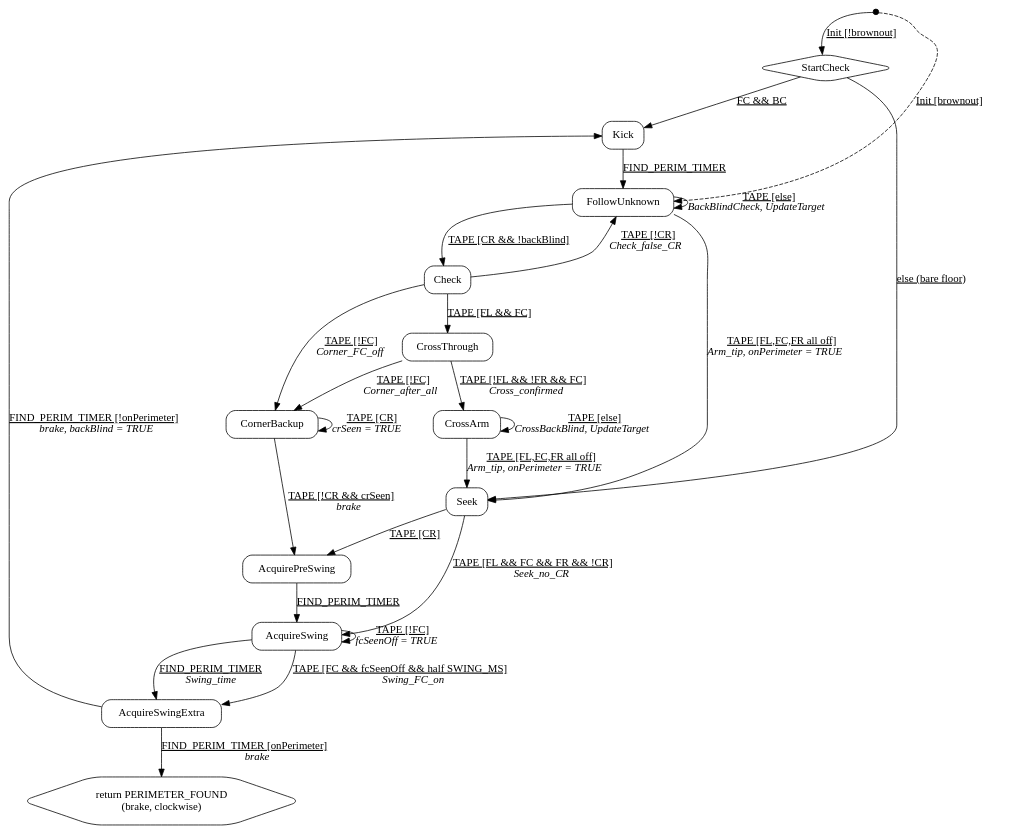
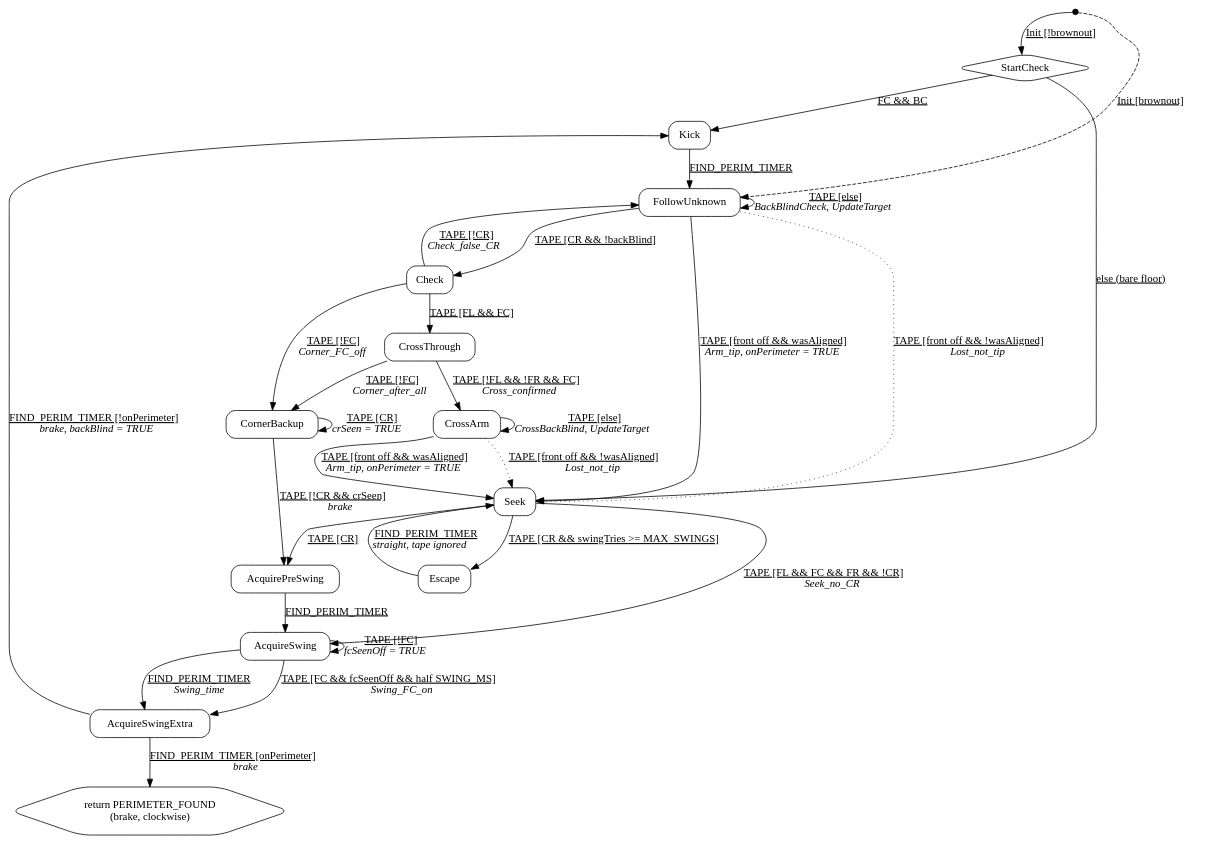
The diagram in FindPerimeterFSM.gv (mechr718-oss/final_info_bank), drawn with Graphviz before and after one commit. The commit also changed 2 other files, not shown here.

Commit message:
Fix Find perimeter circling at the cross: arm tip needs aligned first, swing budget + Escape
Claude-Session: https://claude.ai/code/session_01XvTyc5cHodjUY5M9njxdCM

```diff
--- a/FindPerimeterFSM.gv
+++ b/FindPerimeterFSM.gv
@@ -1,32 +1,36 @@
 digraph FindPerimeter {
     rankdir=TB;
     init [shape="point", color="black", style="filled", width=.1, forcelabels=false];
     node [shape=box, style=rounded];
     StartCheck [shape=diamond];
     Found [shape=hexagon, label="return PERIMETER_FOUND\n(brake, clockwise)"];
     init -> StartCheck [label=<<u>Init [!brownout]</u>>];
     init -> FollowUnknown [style=dashed, label=<<u>Init [brownout]</u>>];
     StartCheck -> Kick [label=<<u>FC &amp;&amp; BC</u>>];
     StartCheck -> Seek [label=<<u>else (bare floor)</u>>];
     Kick -> FollowUnknown [label=<<u>FIND_PERIM_TIMER</u>>];
-    FollowUnknown -> Seek [label=<<u>TAPE [FL,FC,FR all off]</u><br/><i>Arm_tip, onPerimeter = TRUE</i>>];
+    FollowUnknown -> Seek [label=<<u>TAPE [front off &amp;&amp; wasAligned]</u><br/><i>Arm_tip, onPerimeter = TRUE</i>>];
+    FollowUnknown -> Seek [style=dotted, label=<<u>TAPE [front off &amp;&amp; !wasAligned]</u><br/><i>Lost_not_tip</i>>];
     FollowUnknown -> Check [label=<<u>TAPE [CR &amp;&amp; !backBlind]</u>>];
     FollowUnknown -> FollowUnknown [label=<<u>TAPE [else]</u><br/><i>BackBlindCheck, UpdateTarget</i>>];
     Check -> CrossThrough [label=<<u>TAPE [FL &amp;&amp; FC]</u>>];
     Check -> CornerBackup [label=<<u>TAPE [!FC]</u><br/><i>Corner_FC_off</i>>];
     Check -> FollowUnknown [label=<<u>TAPE [!CR]</u><br/><i>Check_false_CR</i>>];
     CrossThrough -> CrossArm [label=<<u>TAPE [!FL &amp;&amp; !FR &amp;&amp; FC]</u><br/><i>Cross_confirmed</i>>];
     CrossThrough -> CornerBackup [label=<<u>TAPE [!FC]</u><br/><i>Corner_after_all</i>>];
-    CrossArm -> Seek [label=<<u>TAPE [FL,FC,FR all off]</u><br/><i>Arm_tip, onPerimeter = TRUE</i>>];
+    CrossArm -> Seek [label=<<u>TAPE [front off &amp;&amp; wasAligned]</u><br/><i>Arm_tip, onPerimeter = TRUE</i>>];
+    CrossArm -> Seek [style=dotted, label=<<u>TAPE [front off &amp;&amp; !wasAligned]</u><br/><i>Lost_not_tip</i>>];
     CrossArm -> CrossArm [label=<<u>TAPE [else]</u><br/><i>CrossBackBlind, UpdateTarget</i>>];
+    Seek -> Escape [label=<<u>TAPE [CR &amp;&amp; swingTries &gt;= MAX_SWINGS]</u>>];
+    Escape -> Seek [label=<<u>FIND_PERIM_TIMER</u><br/><i>straight, tape ignored</i>>];
     Seek -> AcquirePreSwing [label=<<u>TAPE [CR]</u>>];
     Seek -> AcquireSwing [label=<<u>TAPE [FL &amp;&amp; FC &amp;&amp; FR &amp;&amp; !CR]</u><br/><i>Seek_no_CR</i>>];
     CornerBackup -> CornerBackup [label=<<u>TAPE [CR]</u><br/><i>crSeen = TRUE</i>>];
     CornerBackup -> AcquirePreSwing [label=<<u>TAPE [!CR &amp;&amp; crSeen]</u><br/><i>brake</i>>];
     AcquirePreSwing -> AcquireSwing [label=<<u>FIND_PERIM_TIMER</u>>];
     AcquireSwing -> AcquireSwing [label=<<u>TAPE [!FC]</u><br/><i>fcSeenOff = TRUE</i>>];
     AcquireSwing -> AcquireSwingExtra [label=<<u>TAPE [FC &amp;&amp; fcSeenOff &amp;&amp; half SWING_MS]</u><br/><i>Swing_FC_on</i>>];
     AcquireSwing -> AcquireSwingExtra [label=<<u>FIND_PERIM_TIMER</u><br/><i>Swing_time</i>>];
     AcquireSwingExtra -> Found [label=<<u>FIND_PERIM_TIMER [onPerimeter]</u><br/><i>brake</i>>];
     AcquireSwingExtra -> Kick [label=<<u>FIND_PERIM_TIMER [!onPerimeter]</u><br/><i>brake, backBlind = TRUE</i>>];
 }
```
